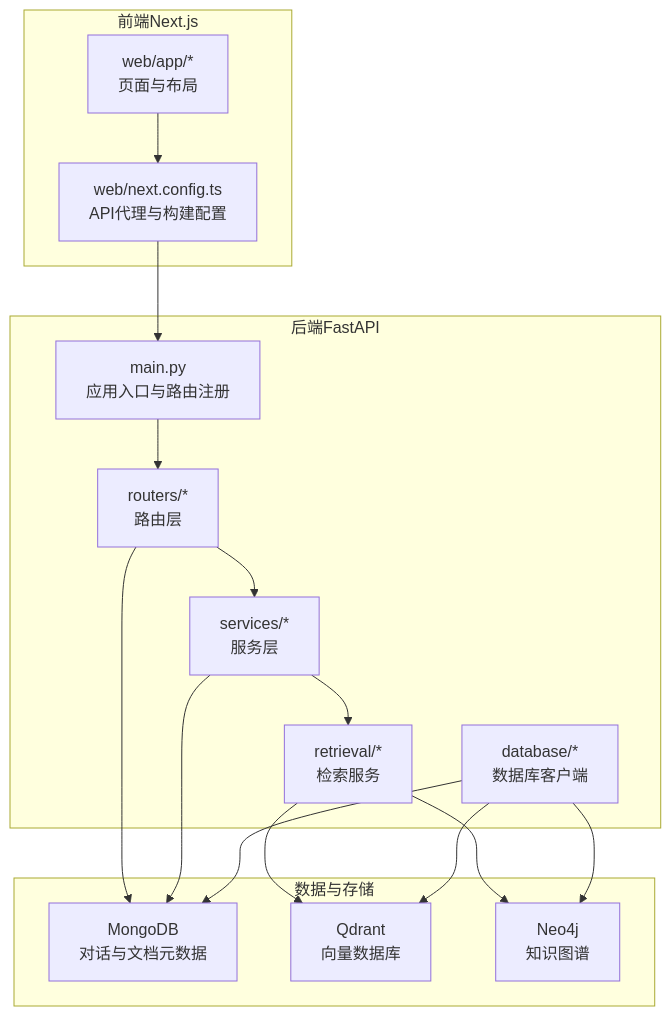
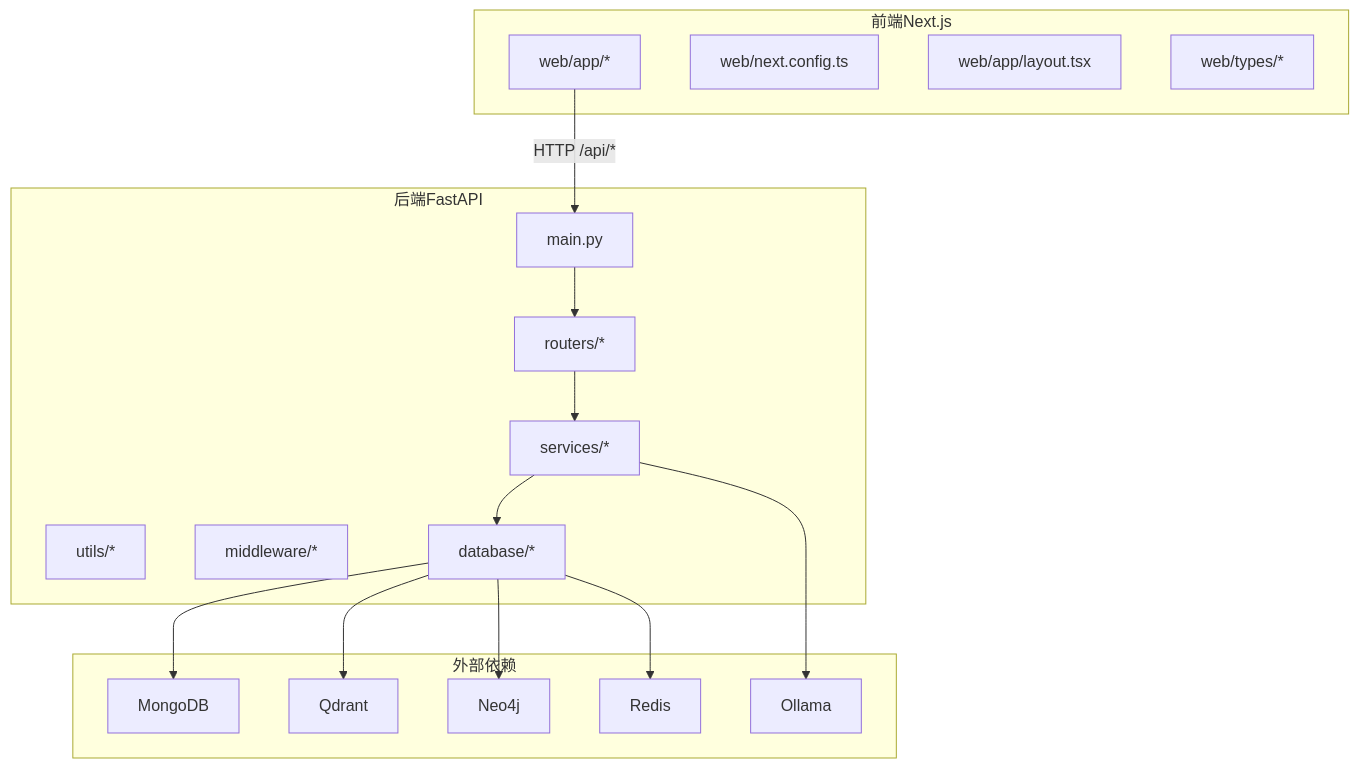
Before and after one commit to iammm0/advanced-rag: the first of 8 diagrams in .qoder/repowiki/zh/content/系统架构/整体架构设计.md, drawn with Mermaid. The commit also changed other lines of this file and 233 other files, not shown here.

````diff
--- a/.qoder/repowiki/zh/content/系统架构/整体架构设计.md
+++ b/.qoder/repowiki/zh/content/系统架构/整体架构设计.md
@@ -45,31 +47,33 @@
 ```mermaid
 graph TB
 subgraph "前端Next.js"
-FE_App["web/app/*<br/>页面与布局"]
-FE_Config["web/next.config.ts<br/>API代理与构建配置"]
+FE_App["web/app/*"]
+FE_Config["web/next.config.ts"]
+FE_Layout["web/app/layout.tsx"]
+FE_Types["web/types/*"]
 end
 subgraph "后端FastAPI"
-API_Main["main.py<br/>应用入口与路由注册"]
-API_Routers["routers/*<br/>路由层"]
-API_Services["services/*<br/>服务层"]
-API_Retrieval["retrieval/*<br/>检索服务"]
-API_Database["database/*<br/>数据库客户端"]
+BE_Main["main.py"]
+BE_Routers["routers/*"]
+BE_Services["services/*"]
+BE_Utils["utils/*"]
+BE_Middleware["middleware/*"]
+BE_Database["database/*"]
 end
-subgraph "数据与存储"
-DB_Mongo["MongoDB<br/>对话与文档元数据"]
-DB_Qdrant["Qdrant<br/>向量数据库"]
-DB_Neo4j["Neo4j<br/>知识图谱"]
+subgraph "外部依赖"
+DB_Mongo["MongoDB"]
+DB_Qdrant["Qdrant"]
+DB_Neo4j["Neo4j"]
+Cache_Redis["Redis"]
+AI_Ollama["Ollama"]
 end
-FE_App --> FE_Config
-FE_Config --> API_Main
-API_Main --> API_Routers
-API_Routers --> API_Services
-API_Services --> API_Retrieval
-API_Retrieval --> DB_Qdrant
-API_Retrieval --> DB_Neo4j
-API_Routers --> DB_Mongo
-API_Services --> DB_Mongo
-API_Database --> DB_Mongo
-API_Database --> DB_Qdrant
-API_Database --> DB_Neo4j
+FE_App --> |"HTTP /api/*"| BE_Main
+BE_Main --> BE_Routers
+BE_Routers --> BE_Services
+BE_Services --> BE_Database
+BE_Services --> AI_Ollama
+BE_Database --> DB_Mongo
+BE_Database --> DB_Qdrant
+BE_Database --> DB_Neo4j
+BE_Database --> Cache_Redis
 ```
````
